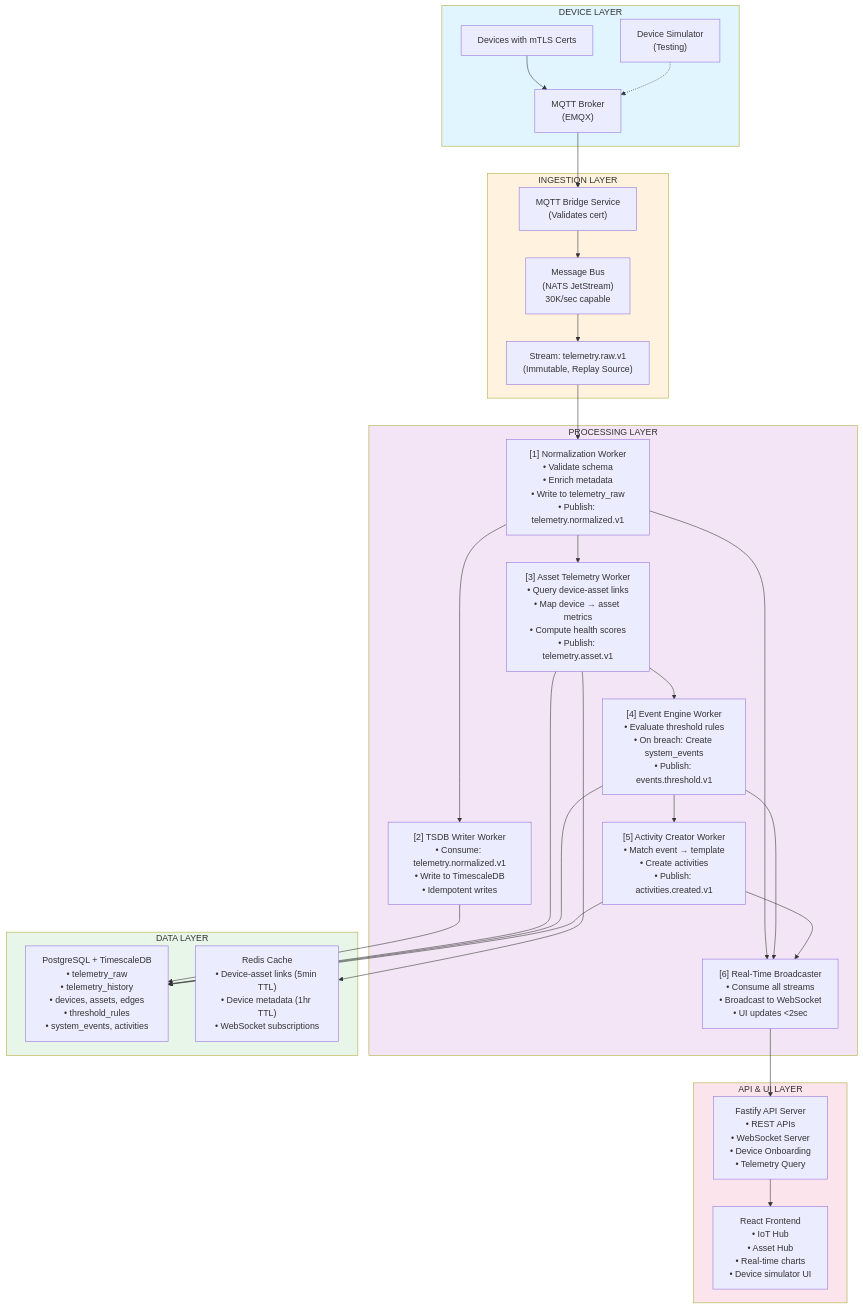
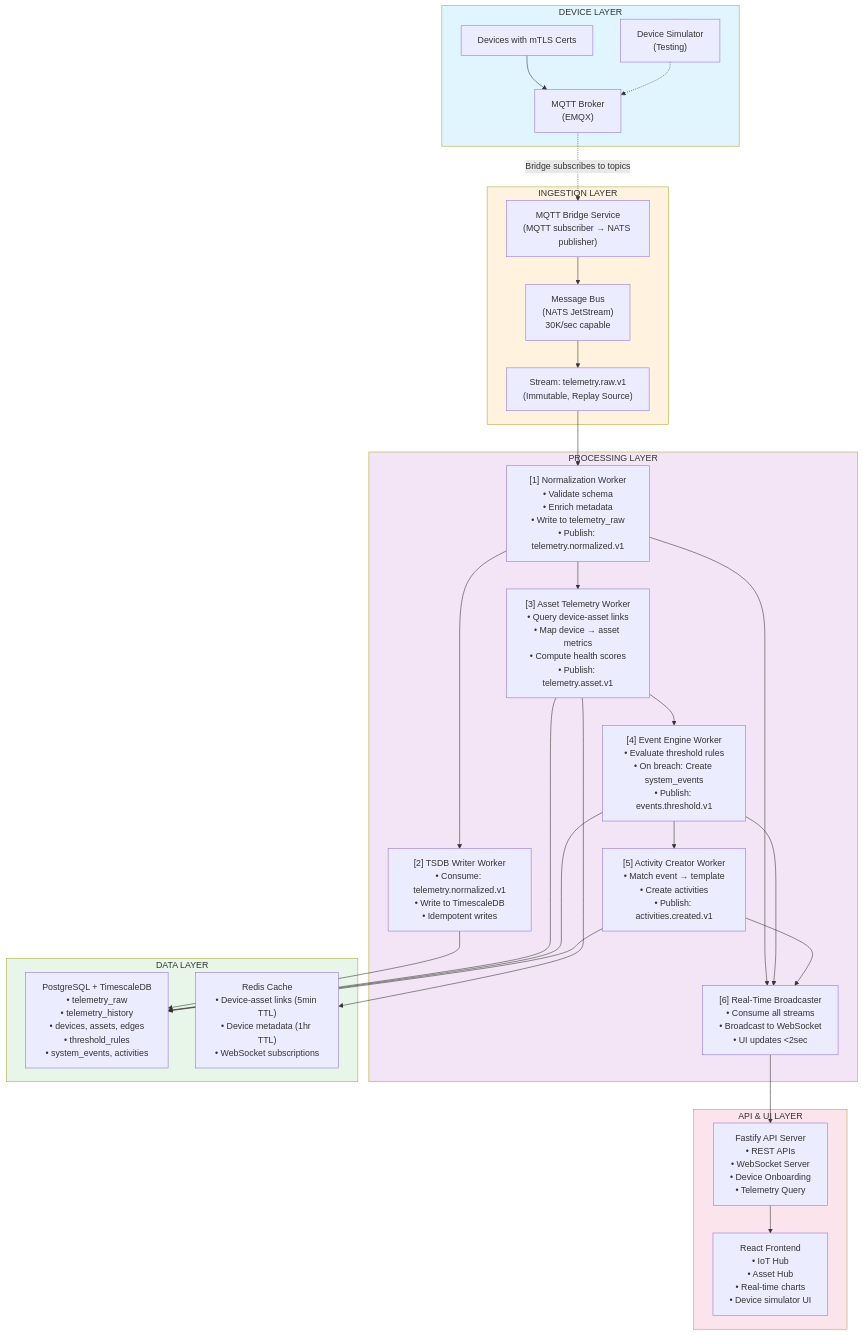
The first of 2 diagrams in docs/architecture/IoT_Platform_Architecture_Design.md (Dyad-Apps/argus-lite), drawn with Mermaid before and after one commit. The commit also changed other lines of this file and 27 other files, not shown here.

````diff
--- a/docs/architecture/IoT_Platform_Architecture_Design.md
+++ b/docs/architecture/IoT_Platform_Architecture_Design.md
@@ -28,61 +28,61 @@
 ```mermaid
 graph TB
     subgraph DeviceLayer["DEVICE LAYER"]
         Devices["Devices with mTLS Certs"]
         MQTT["MQTT Broker<br/>(EMQX)"]
         Simulator["Device Simulator<br/>(Testing)"]
         Devices --> MQTT
         Simulator -.-> MQTT
     end
 
     subgraph IngestionLayer["INGESTION LAYER"]
-        Bridge["MQTT Bridge Service<br/>(Validates cert)"]
+        Bridge["MQTT Bridge Service<br/>(MQTT subscriber → NATS publisher)"]
         NATS["Message Bus<br/>(NATS JetStream)<br/>30K/sec capable"]
         RawStream["Stream: telemetry.raw.v1<br/>(Immutable, Replay Source)"]
         Bridge --> NATS
         NATS --> RawStream
     end
 
     subgraph ProcessingLayer["PROCESSING LAYER"]
         Norm["[1] Normalization Worker<br/>• Validate schema<br/>• Enrich metadata<br/>• Write to telemetry_raw<br/>• Publish: telemetry.normalized.v1"]
         TSDB["[2] TSDB Writer Worker<br/>• Consume: telemetry.normalized.v1<br/>• Write to TimescaleDB<br/>• Idempotent writes"]
         Asset["[3] Asset Telemetry Worker<br/>• Query device-asset links<br/>• Map device → asset metrics<br/>• Compute health scores<br/>• Publish: telemetry.asset.v1"]
         Event["[4] Event Engine Worker<br/>• Evaluate threshold rules<br/>• On breach: Create system_events<br/>• Publish: events.threshold.v1"]
         Activity["[5] Activity Creator Worker<br/>• Match event → template<br/>• Create activities<br/>• Publish: activities.created.v1"]
         RT["[6] Real-Time Broadcaster<br/>• Consume all streams<br/>• Broadcast to WebSocket<br/>• UI updates <2sec"]
 
         Norm --> TSDB
         Norm --> Asset
         Asset --> Event
         Event --> Activity
         Norm --> RT
         Event --> RT
         Activity --> RT
     end
 
     subgraph DataLayer["DATA LAYER"]
         PG["PostgreSQL + TimescaleDB<br/>• telemetry_raw<br/>• telemetry_history<br/>• devices, assets, edges<br/>• threshold_rules<br/>• system_events, activities"]
         Redis["Redis Cache<br/>• Device-asset links (5min TTL)<br/>• Device metadata (1hr TTL)<br/>• WebSocket subscriptions"]
     end
 
     subgraph APILayer["API & UI LAYER"]
         API["Fastify API Server<br/>• REST APIs<br/>• WebSocket Server<br/>• Device Onboarding<br/>• Telemetry Query"]
         UI["React Frontend<br/>• IoT Hub<br/>• Asset Hub<br/>• Real-time charts<br/>• Device simulator UI"]
     end
 
-    MQTT --> Bridge
+    MQTT -.->|"Bridge subscribes to topics"| Bridge
     RawStream --> Norm
     TSDB --> PG
     Asset --> PG
     Asset --> Redis
     Event --> PG
     Activity --> PG
     RT --> API
     API --> UI
 
     style DeviceLayer fill:#e1f5ff
     style IngestionLayer fill:#fff3e0
     style ProcessingLayer fill:#f3e5f5
     style DataLayer fill:#e8f5e9
     style APILayer fill:#fce4ec
 ```
````
